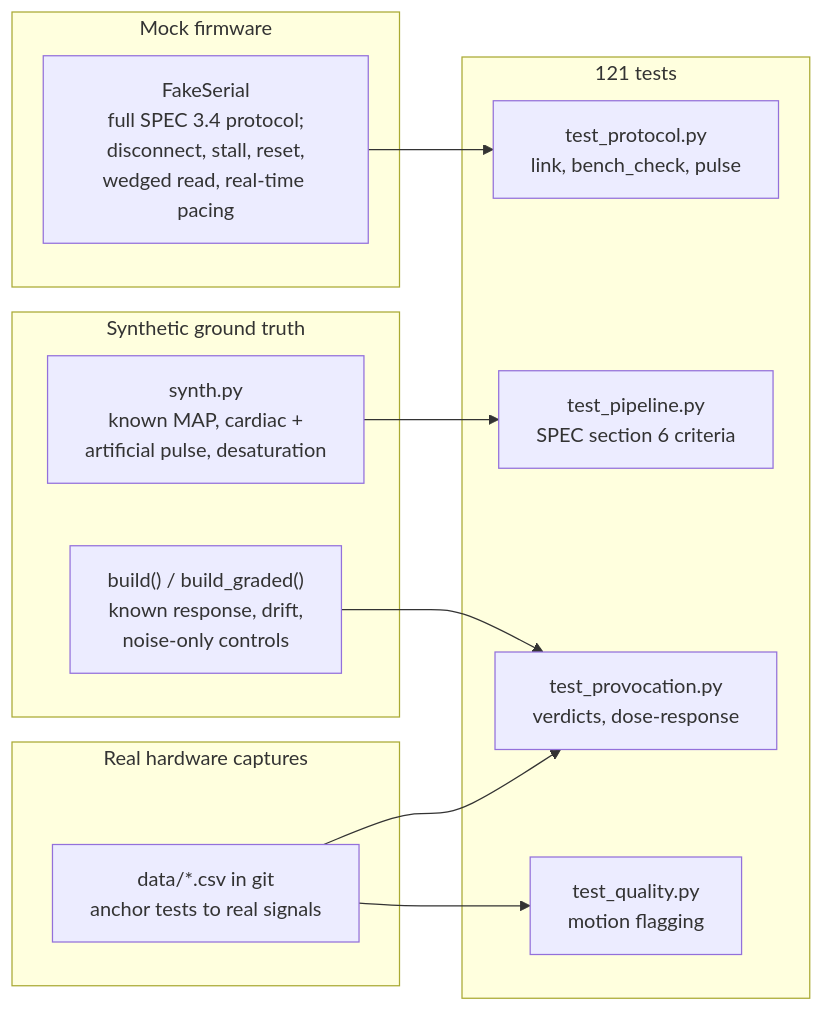
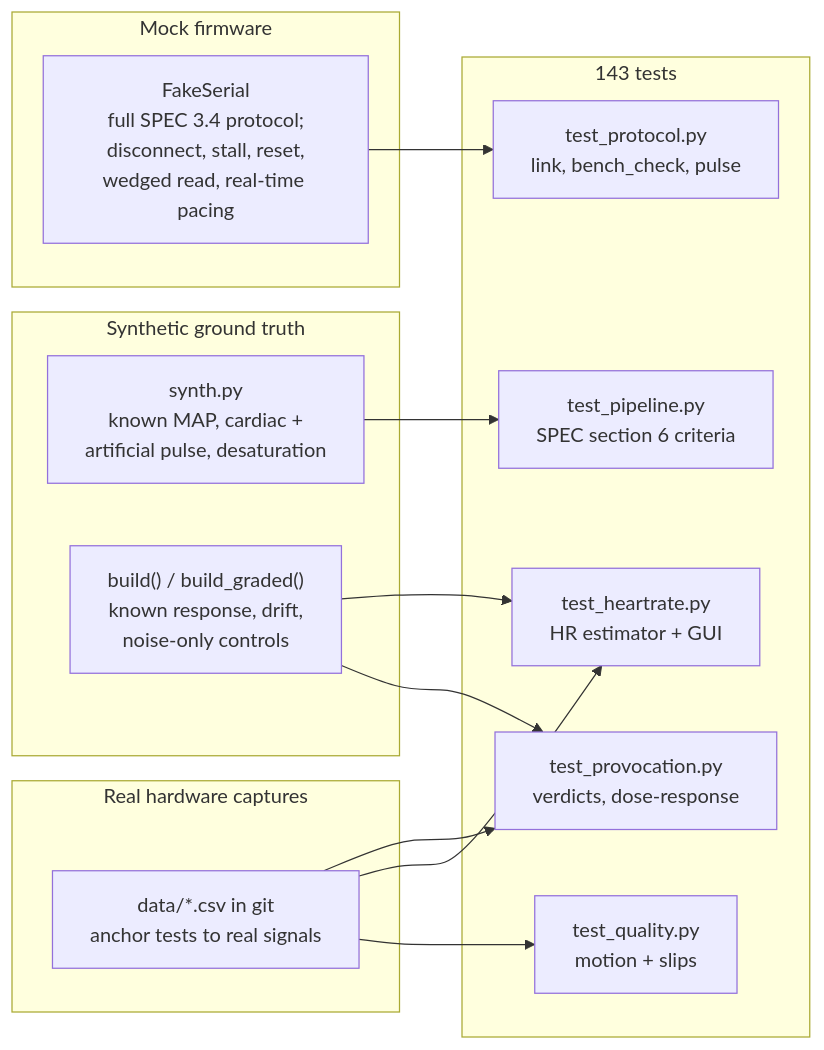
The seventh of 7 diagrams in docs/architecture.md (akkhilmorkonda/MAPQuest_PPG), drawn with Mermaid before and after one commit. The commit also changed other lines of this file and 5 other files, not shown here.

````diff
--- a/docs/architecture.md
+++ b/docs/architecture.md
@@ -255,24 +298,27 @@
 ```mermaid
 flowchart LR
     subgraph SYN["Synthetic ground truth"]
         SYNTH["synth.py<br/>known MAP, cardiac +<br/>artificial pulse, desaturation"]
         PBUILD["build() / build_graded()<br/>known response, drift,<br/>noise-only controls"]
     end
     subgraph MOCK["Mock firmware"]
         FAKE["FakeSerial<br/>full SPEC 3.4 protocol;<br/>disconnect, stall, reset,<br/>wedged read, real-time pacing"]
     end
     subgraph HW["Real hardware captures"]
         CAP["data/*.csv in git<br/>anchor tests to real signals"]
     end
-    subgraph TESTS["121 tests"]
+    subgraph TESTS["143 tests"]
         T1["test_pipeline.py<br/>SPEC section 6 criteria"]
         T2["test_protocol.py<br/>link, bench_check, pulse"]
         T3["test_provocation.py<br/>verdicts, dose-response"]
-        T4["test_quality.py<br/>motion flagging"]
+        T4["test_quality.py<br/>motion + slips"]
+        T5["test_heartrate.py<br/>HR estimator + GUI"]
     end
     SYNTH --> T1
     FAKE --> T2
     PBUILD --> T3
     CAP --> T4
+    CAP --> T5
+    PBUILD --> T5
     CAP --> T3
 ```
````
